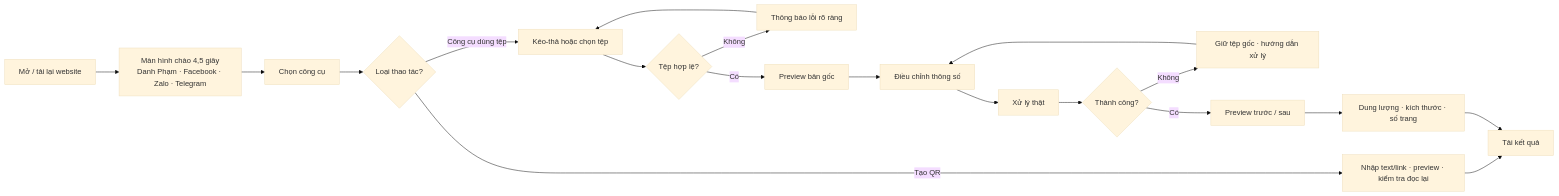
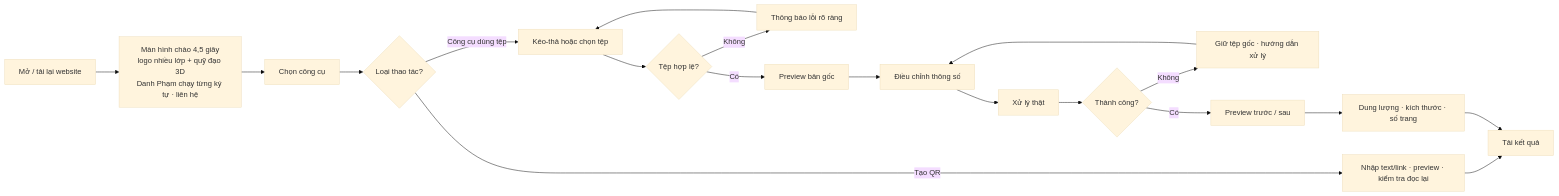
The third of 5 diagrams in DIAGRAMS.md (phamcongdanh98/Web-tool-ALL), drawn with Mermaid (base theme) before and after one commit. The commit also changed 4 other files, not shown here.

Commit message:
Thiết kế lại màn hình chào thương hiệu

````diff
--- a/DIAGRAMS.md
+++ b/DIAGRAMS.md
@@ -97,21 +97,21 @@
 ```mermaid
 flowchart LR
-    O["Mở / tải lại website"] --> W["Màn hình chào 4,5 giây<br/>Danh Phạm · Facebook · Zalo · Telegram"]
+    O["Mở / tải lại website"] --> W["Màn hình chào 4,5 giây<br/>logo nhiều lớp + quỹ đạo 3D<br/>Danh Phạm chạy từng ký tự · liên hệ"]
     W --> A["Chọn công cụ"]
     A --> A0{"Loại thao tác?"}
     A0 -->|"Tạo QR"| Q0["Nhập text/link · preview · kiểm tra đọc lại"]
     Q0 --> L
     A0 -->|"Công cụ dùng tệp"| B["Kéo-thả hoặc chọn tệp"]
     B --> C{"Tệp hợp lệ?"}
     C -- "Không" --> D["Thông báo lỗi rõ ràng"]
     D --> B
     C -- "Có" --> E["Preview bản gốc"]
     E --> F["Điều chỉnh thông số"]
     F --> G["Xử lý thật"]
     G --> H{"Thành công?"}
     H -- "Không" --> I["Giữ tệp gốc · hướng dẫn xử lý"]
     I --> F
     H -- "Có" --> J["Preview trước / sau"]
     J --> K["Dung lượng · kích thước · số trang"]
     K --> L["Tải kết quả"]
 ```
````
